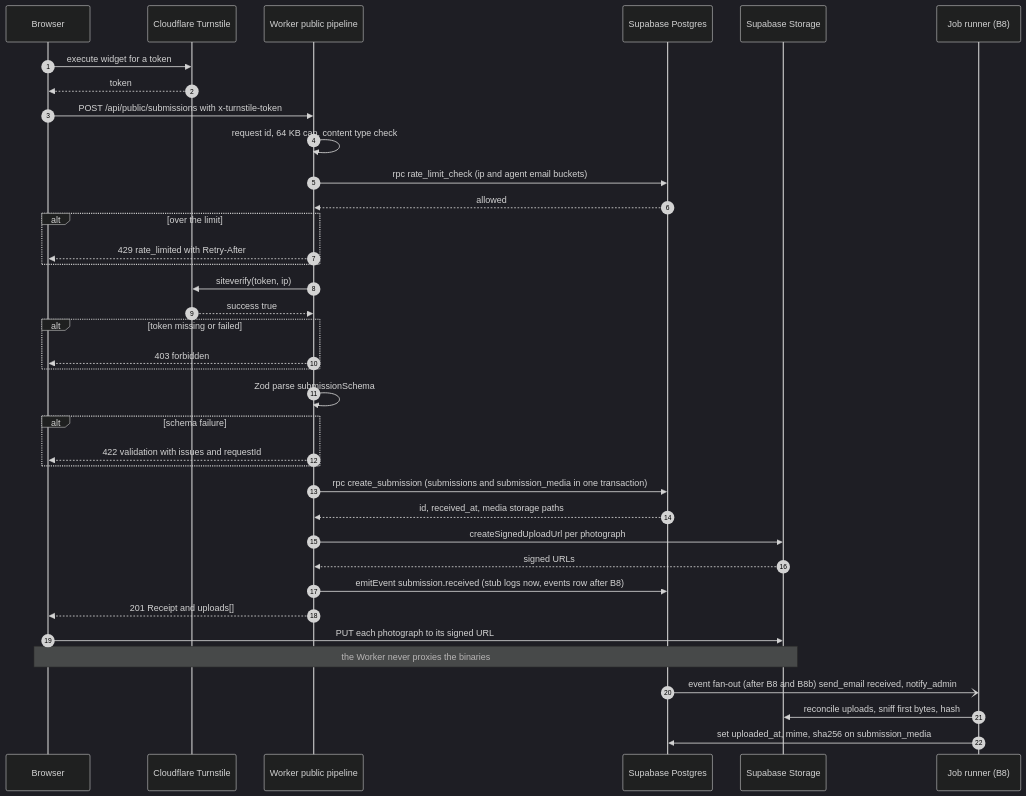
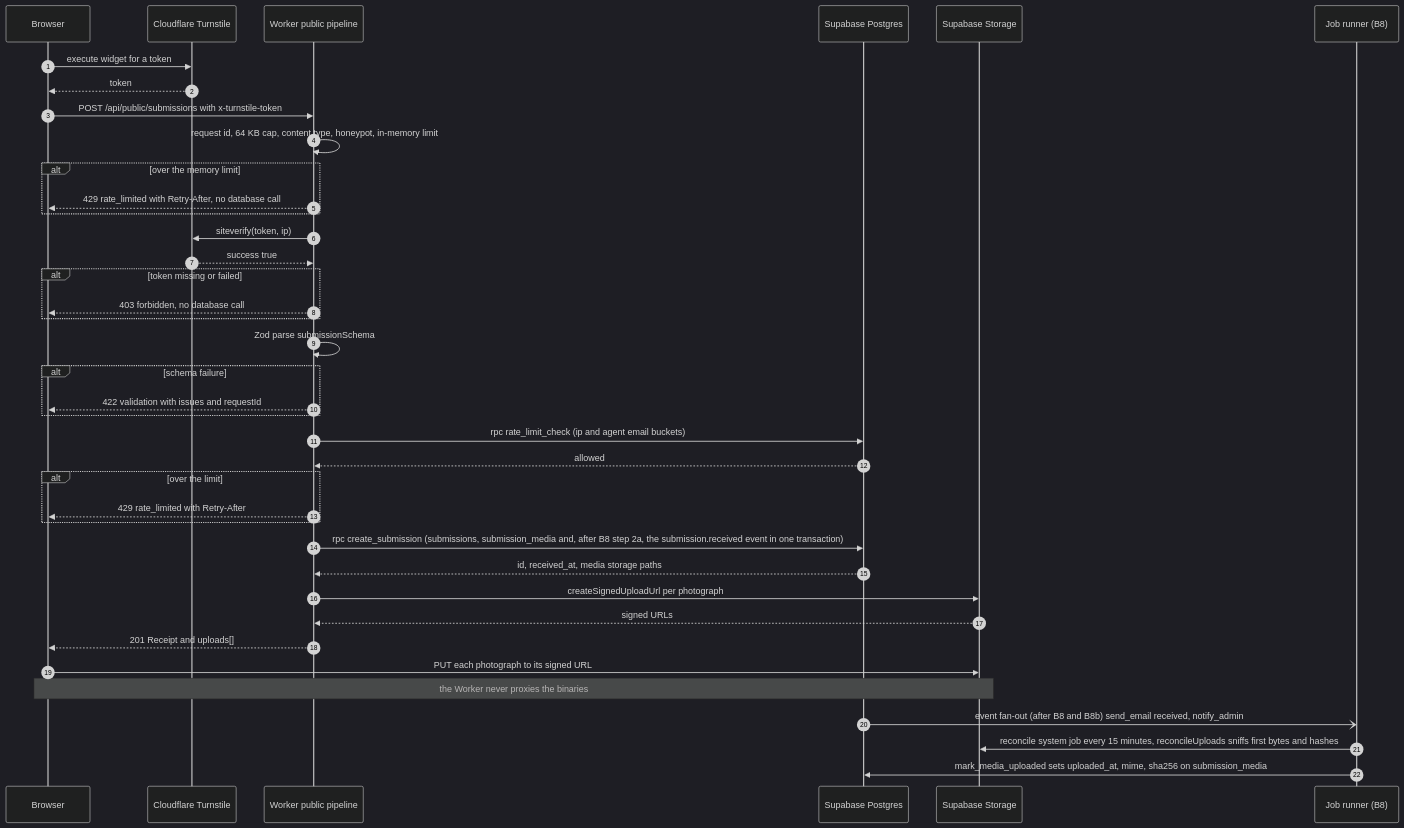
One commit to AbdulrahmanAmer/matter-of-place changed the sixth of 6 diagrams in workspace/03-diagrams/plans-a.md. Above: the diagram before and after it, drawn with Mermaid (dark theme). The commit also changed other lines of this file and 104 other files, not shown here.

First line of the commit message:
Traceability audit rounds 5 and 6; diagrams brought in line with the plans; rulings G58 to G65

````diff
--- a/workspace/03-diagrams/plans-a.md
+++ b/workspace/03-diagrams/plans-a.md
@@ -121,39 +126,41 @@
 ```mermaid
 sequenceDiagram
   autonumber
   participant BR as Browser
   participant TS as Cloudflare Turnstile
   participant WK as Worker public pipeline
   participant PG as Supabase Postgres
   participant ST as Supabase Storage
   participant RN as Job runner (B8)
   BR->>TS: execute widget for a token
   TS-->>BR: token
   BR->>WK: POST /api/public/submissions with x-turnstile-token
-  WK->>WK: request id, 64 KB cap, content type check
+  WK->>WK: request id, 64 KB cap, content type, honeypot, in-memory limit
+  alt over the memory limit
+    WK-->>BR: 429 rate_limited with Retry-After, no database call
+  end
+  WK->>TS: siteverify(token, ip)
+  TS-->>WK: success true
+  alt token missing or failed
+    WK-->>BR: 403 forbidden, no database call
+  end
+  WK->>WK: Zod parse submissionSchema
+  alt schema failure
+    WK-->>BR: 422 validation with issues and requestId
+  end
   WK->>PG: rpc rate_limit_check (ip and agent email buckets)
   PG-->>WK: allowed
   alt over the limit
     WK-->>BR: 429 rate_limited with Retry-After
   end
-  WK->>TS: siteverify(token, ip)
-  TS-->>WK: success true
-  alt token missing or failed
-    WK-->>BR: 403 forbidden
-  end
-  WK->>WK: Zod parse submissionSchema
-  alt schema failure
-    WK-->>BR: 422 validation with issues and requestId
-  end
-  WK->>PG: rpc create_submission (submissions and submission_media in one transaction)
+  WK->>PG: rpc create_submission (submissions, submission_media and, after B8 step 2a, the submission.received event in one transaction)
   PG-->>WK: id, received_at, media storage paths
   WK->>ST: createSignedUploadUrl per photograph
   ST-->>WK: signed URLs
-  WK->>PG: emitEvent submission.received (stub logs now, events row after B8)
   WK-->>BR: 201 Receipt and uploads[]
   BR->>ST: PUT each photograph to its signed URL
   Note over BR,ST: the Worker never proxies the binaries
   PG-)RN: event fan-out (after B8 and B8b) send_email received, notify_admin
-  RN->>ST: reconcile uploads, sniff first bytes, hash
-  RN->>PG: set uploaded_at, mime, sha256 on submission_media
+  RN->>ST: reconcile system job every 15 minutes, reconcileUploads sniffs first bytes and hashes
+  RN->>PG: mark_media_uploaded sets uploaded_at, mime, sha256 on submission_media
 ```
````
